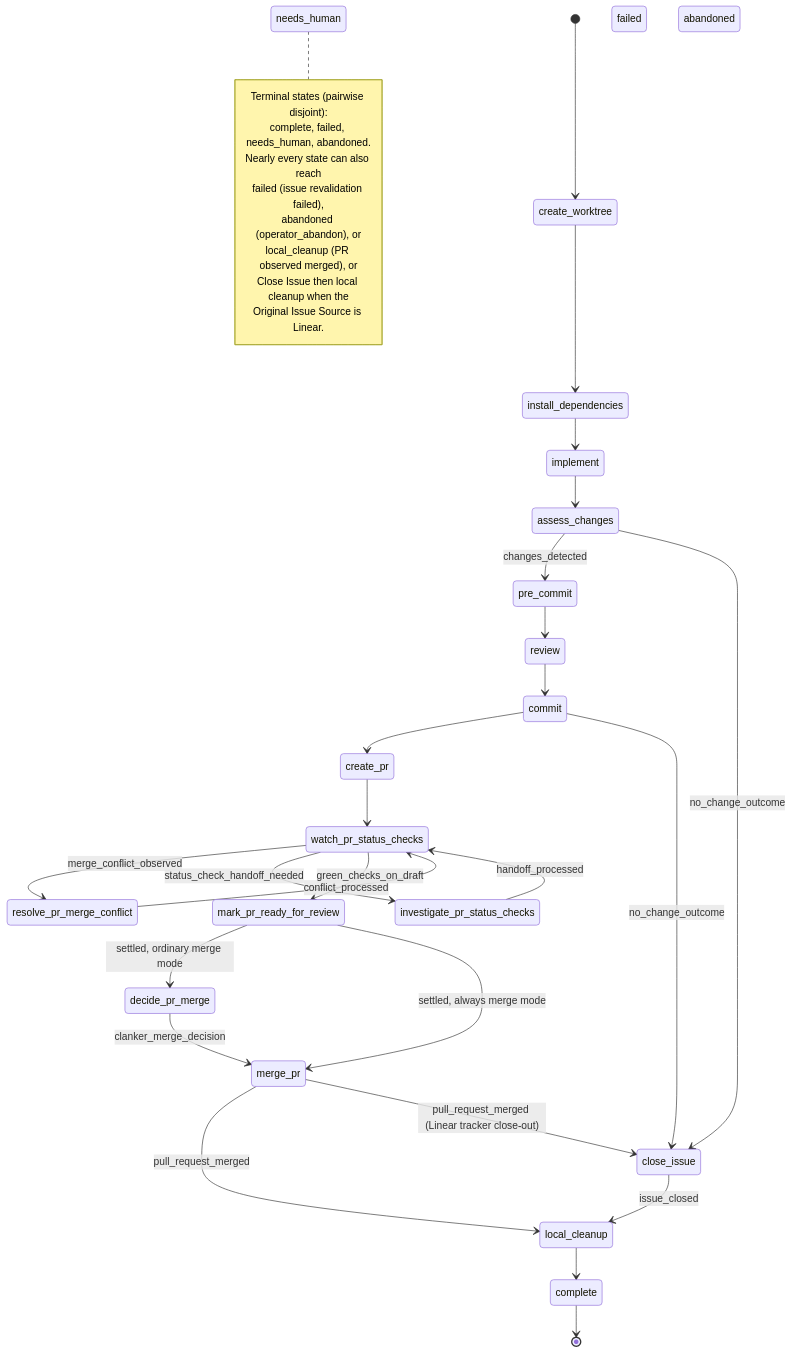
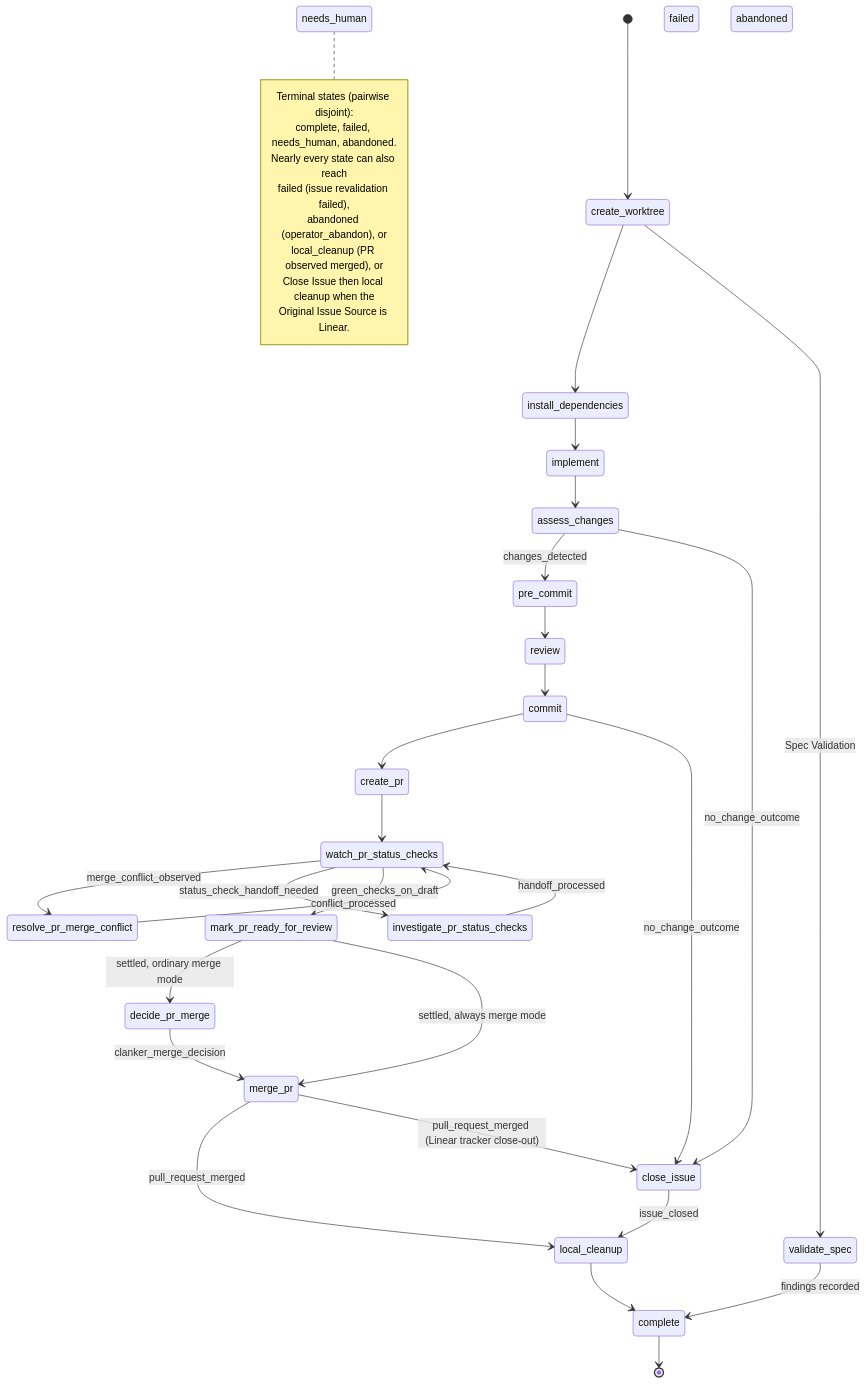
The third of 3 diagrams in ontology/README.md (berenddeboer/ready-for-agent), drawn with Mermaid before and after one commit. The commit also changed other lines of this file and 70 other files, not shown here.

First line of the commit message:
feat(harness): validate Spec delivery after all descendants close (#1452)

````diff
--- a/ontology/README.md
+++ b/ontology/README.md
@@ -184,41 +185,43 @@
 ```mermaid
 stateDiagram-v2
   [*] --> create_worktree
   create_worktree --> install_dependencies
+  create_worktree --> validate_spec : Spec Validation
+  validate_spec --> complete : findings recorded
   install_dependencies --> implement
   implement --> assess_changes
   assess_changes --> pre_commit : changes_detected
   assess_changes --> close_issue : no_change_outcome
   pre_commit --> review
   review --> commit
   commit --> create_pr
   commit --> close_issue : no_change_outcome
   create_pr --> watch_pr_status_checks
   watch_pr_status_checks --> resolve_pr_merge_conflict : merge_conflict_observed
   resolve_pr_merge_conflict --> watch_pr_status_checks : conflict_processed
   watch_pr_status_checks --> investigate_pr_status_checks : status_check_handoff_needed
   investigate_pr_status_checks --> watch_pr_status_checks : handoff_processed
   watch_pr_status_checks --> mark_pr_ready_for_review : green_checks_on_draft
   mark_pr_ready_for_review --> decide_pr_merge : settled, ordinary merge mode
   mark_pr_ready_for_review --> merge_pr : settled, always merge mode
   decide_pr_merge --> merge_pr : clanker_merge_decision
   merge_pr --> local_cleanup : pull_request_merged
   merge_pr --> close_issue : pull_request_merged (Linear tracker close-out)
   close_issue --> local_cleanup : issue_closed
   local_cleanup --> complete
   complete --> [*]
 
   state "needs_human" as nh
   state "failed" as f
   state "abandoned" as ab
   note right of nh
     Terminal states (pairwise disjoint):
     complete, failed, needs_human, abandoned.
     Nearly every state can also reach
     failed (issue revalidation failed),
     abandoned (operator_abandon), or
     local_cleanup (PR observed merged), or
     Close Issue then local cleanup when the
     Original Issue Source is Linear.
   end note
 ```
````
